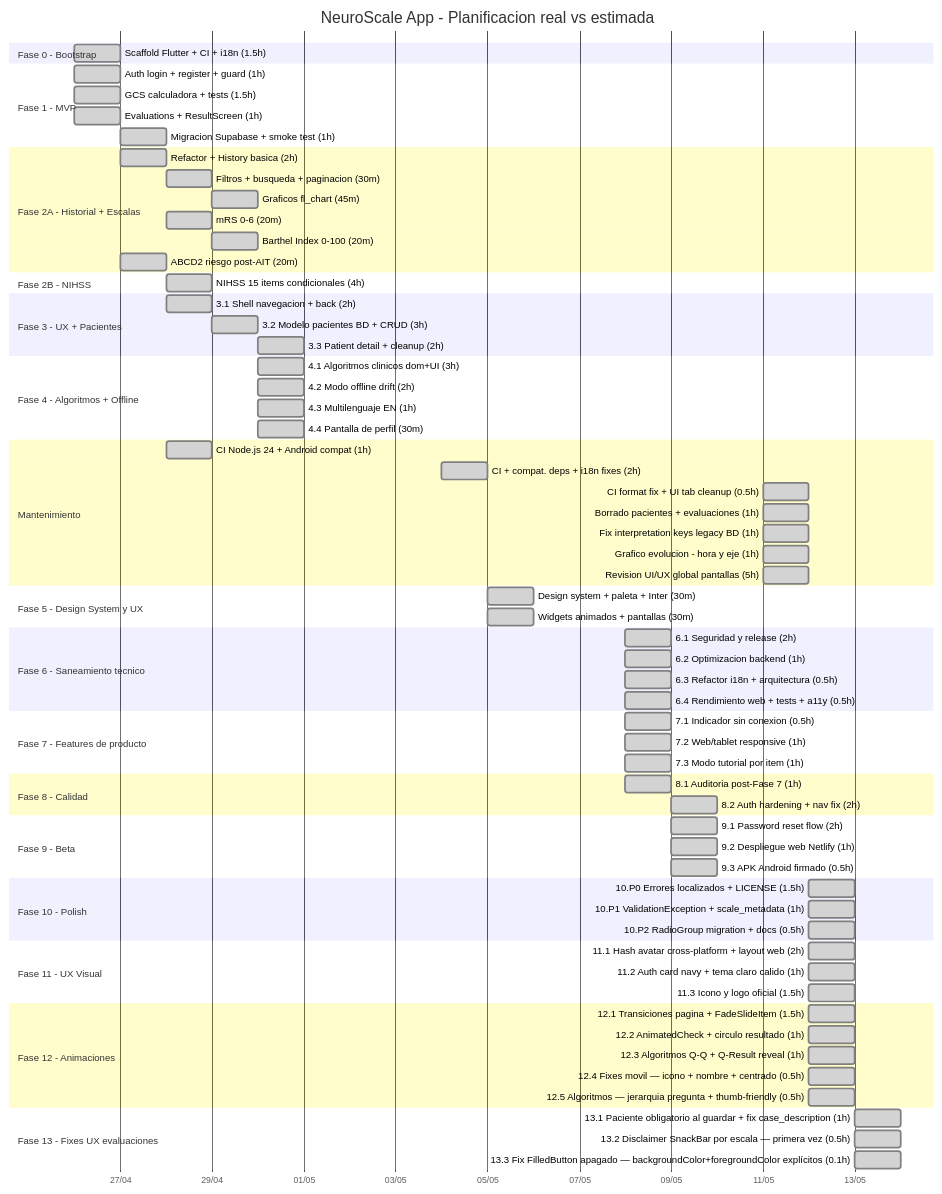
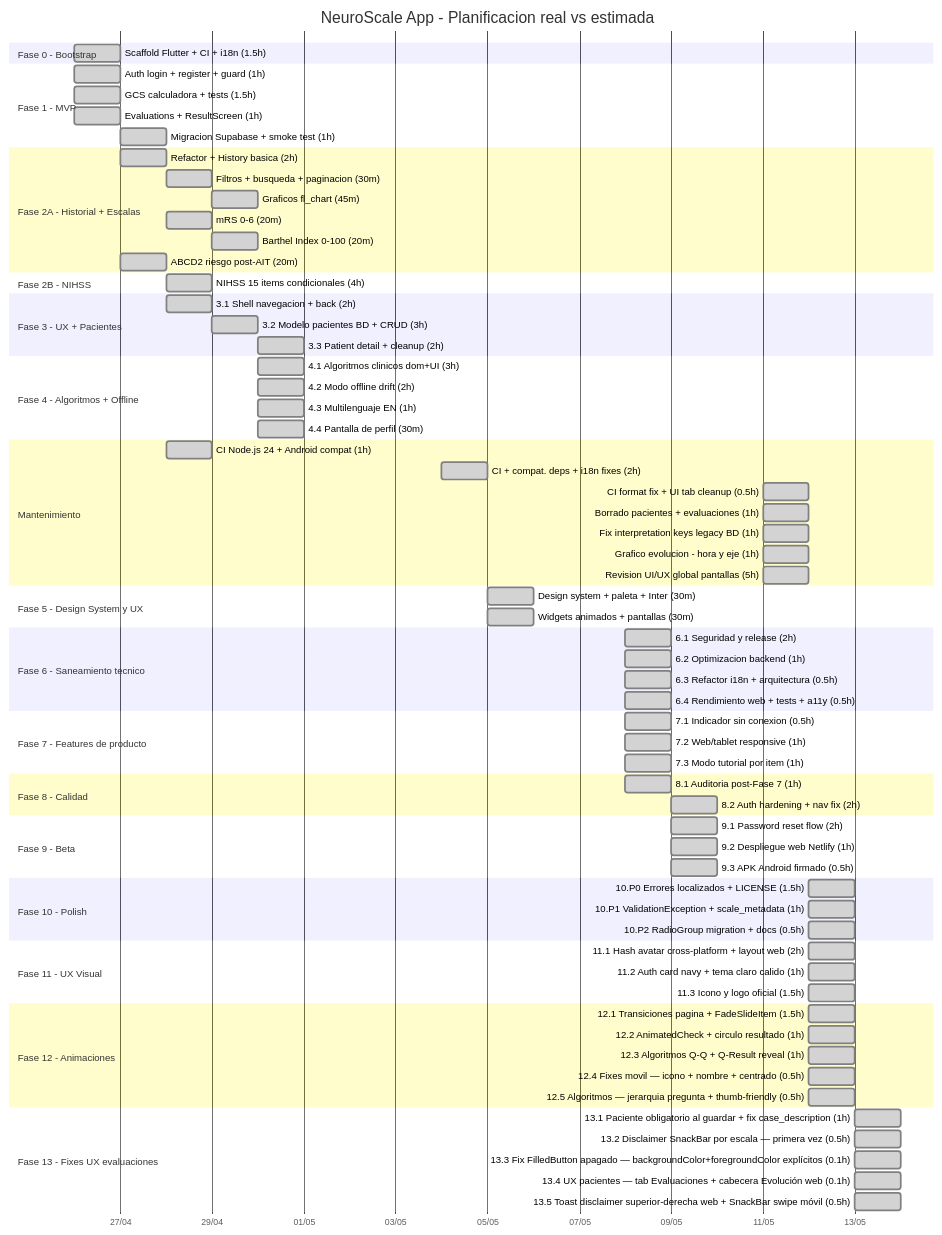
The diagram in README.md (grisllo/NeuroScaleApp), drawn with Mermaid before and after one commit. The commit also changed other lines of this file and 1 other file, not shown here.

Commit message:
docs(gantt): Fase 13.4-13.5 UX pacientes + toast web, ~76h

````diff
--- a/README.md
+++ b/README.md
@@ -135,4 +135,6 @@
     13.1 Paciente obligatorio al guardar + fix case_description (1h) :done, f13a, 2026-05-13, 1d
     13.2 Disclaimer SnackBar por escala — primera vez (0.5h) :done, f13b, 2026-05-13, 1d
     13.3 Fix FilledButton apagado — backgroundColor+foregroundColor explícitos (0.1h) :done, f13c, 2026-05-13, 1d
+    13.4 UX pacientes — tab Evaluaciones + cabecera Evolución web (0.1h) :done, f13d, 2026-05-13, 1d
+    13.5 Toast disclaimer superior-derecha web + SnackBar swipe móvil (0.5h) :done, f13e, 2026-05-13, 1d
 ```
````
